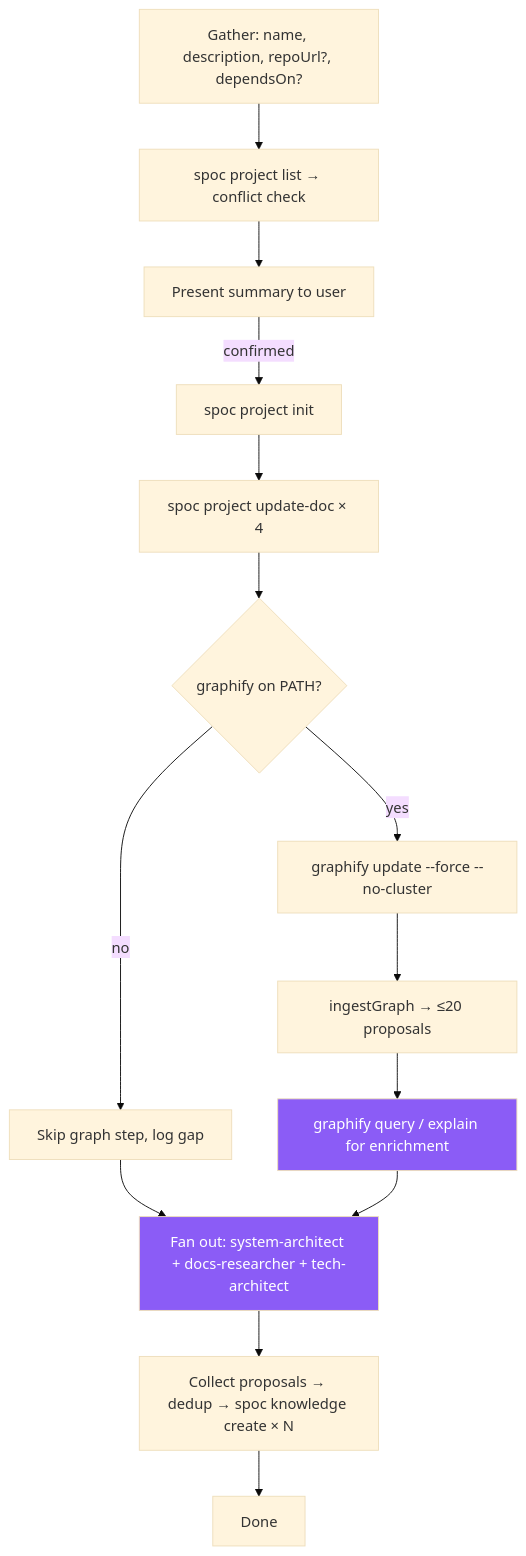
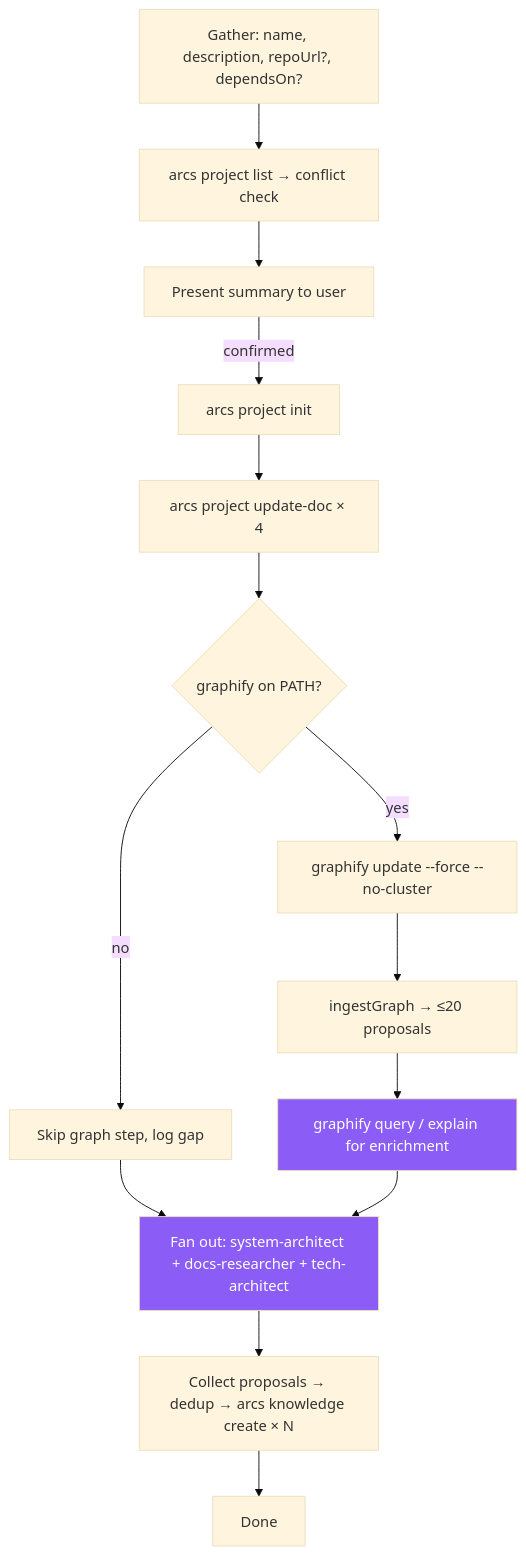
One commit to rryando/SPOC changed the diagram in skills/init-project.md. Above: the diagram before and after it, drawn with Mermaid (base theme). The commit also changed other lines of this file and 190 other files, not shown here.

First line of the commit message:
feat!: rebrand SPOC → ARCS, publish as @rryando/arcs

````diff
--- a/skills/init-project.md
+++ b/skills/init-project.md
@@ -14,17 +14,17 @@
 ```mermaid
 flowchart TD
     classDef sub fill:#8b5cf6,color:#fff
 
-    A[Gather: name, description, repoUrl?, dependsOn?] --> B[spoc project list → conflict check]
+    A[Gather: name, description, repoUrl?, dependsOn?] --> B[arcs project list → conflict check]
     B --> C[Present summary to user]
-    C -->|confirmed| D[spoc project init]
-    D --> E[spoc project update-doc × 4]
+    C -->|confirmed| D[arcs project init]
+    D --> E[arcs project update-doc × 4]
     E --> F{graphify on PATH?}
     F -->|yes| G[graphify update --force --no-cluster]
     F -->|no| H[Skip graph step, log gap]
     G --> G2[ingestGraph → ≤20 proposals]
     G2 --> G3[graphify query / explain for enrichment]:::sub
     H & G3 --> I[Fan out: system-architect + docs-researcher + tech-architect]:::sub
-    I --> J[Collect proposals → dedup → spoc knowledge create × N]
+    I --> J[Collect proposals → dedup → arcs knowledge create × N]
     J --> K[Done]
 ```
````
